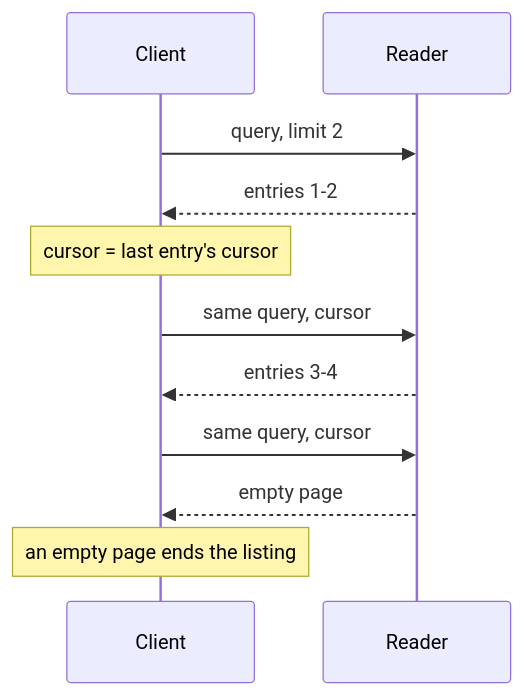
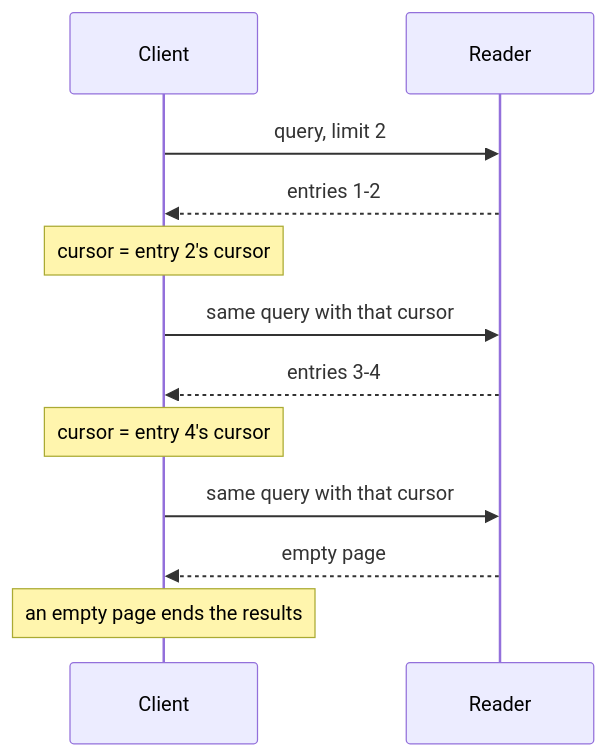
One commit to varveio/seekparquet changed the second of 4 diagrams in docs/concepts.md. Above: the diagram before and after it, drawn with Mermaid. The commit also changed other lines of this file and 4 other files, not shown here.

````diff
--- a/docs/concepts.md
+++ b/docs/concepts.md
@@ -101,13 +121,14 @@
 ```mermaid
 sequenceDiagram
     participant C as Client
     participant R as Reader
     C->>R: query, limit 2
     R-->>C: entries 1-2
-    Note over C: cursor = last entry's cursor
-    C->>R: same query, cursor
+    Note over C: cursor = entry 2's cursor
+    C->>R: same query with that cursor
     R-->>C: entries 3-4
-    C->>R: same query, cursor
+    Note over C: cursor = entry 4's cursor
+    C->>R: same query with that cursor
     R-->>C: empty page
-    Note over C: an empty page ends the listing
+    Note over C: an empty page ends the results
 ```
````
